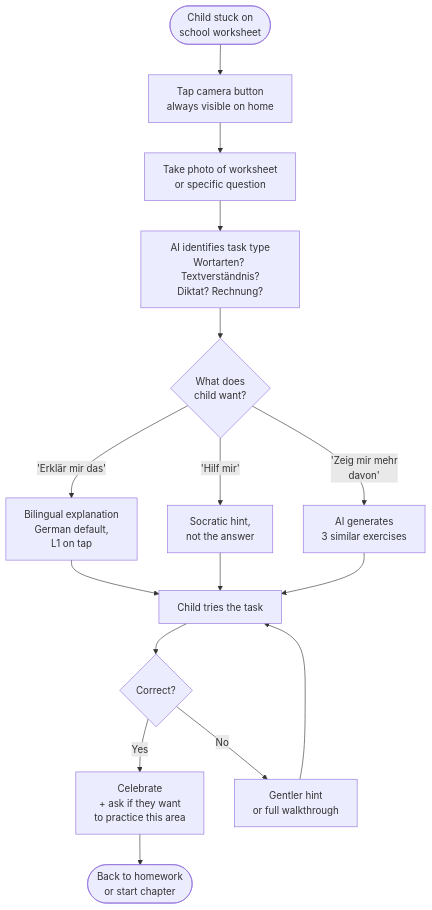
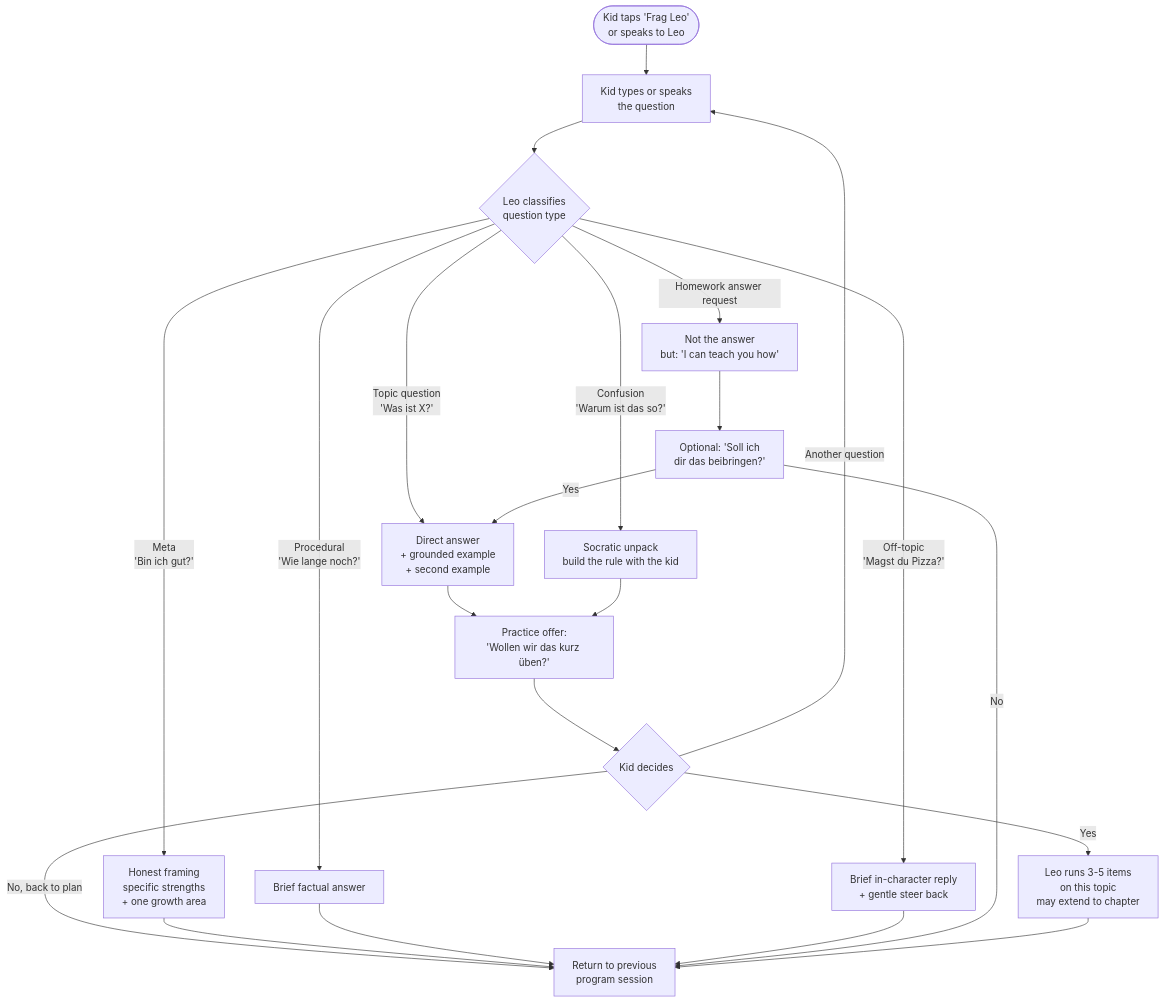
The seventh of 16 diagrams in docs/product/user-flows-and-interaction.md (romank-crisp/gymi-pruf), drawn with Mermaid before and after one commit. The commit also changed other lines of this file and 3 other files, not shown here.

````diff
--- a/docs/product/user-flows-and-interaction.md
+++ b/docs/product/user-flows-and-interaction.md
@@ -214,18 +243,24 @@
 ```mermaid
 flowchart TD
-    Start([Child stuck on<br/>school worksheet]) --> CAM[Tap camera button<br/>always visible on home]
-    CAM --> SNAP[Take photo of worksheet<br/>or specific question]
-    SNAP --> AI1[AI identifies task type<br/>Wortarten? Textverständnis?<br/>Diktat? Rechnung?]
-    AI1 --> MODE{What does<br/>child want?}
-    MODE -->|'Erklär mir das'| EXP[Bilingual explanation<br/>German default,<br/>L1 on tap]
-    MODE -->|'Hilf mir'| HINT[Socratic hint,<br/>not the answer]
-    MODE -->|'Zeig mir mehr<br/>davon'| GEN[AI generates<br/>3 similar exercises]
-    EXP --> CHECK[Child tries the task]
-    HINT --> CHECK
-    GEN --> CHECK
-    CHECK --> VER{Correct?}
-    VER -->|Yes| WIN[Celebrate<br/>+ ask if they want<br/>to practice this area]
-    VER -->|No| SCAFFOLD[Gentler hint<br/>or full walkthrough]
-    SCAFFOLD --> CHECK
-    WIN --> End([Back to homework<br/>or start chapter])
+    Start([Kid taps 'Frag Leo'<br/>or speaks to Leo]) --> Q[Kid types or speaks<br/>the question]
+    Q --> CLS{Leo classifies<br/>question type}
+    CLS -->|Topic question<br/>'Was ist X?'| EXP1[Direct answer<br/>+ grounded example<br/>+ second example]
+    CLS -->|Confusion<br/>'Warum ist das so?'| SOC[Socratic unpack<br/>build the rule with the kid]
+    CLS -->|Meta<br/>'Bin ich gut?'| META[Honest framing<br/>specific strengths<br/>+ one growth area]
+    CLS -->|Procedural<br/>'Wie lange noch?'| SHORT[Brief factual answer]
+    CLS -->|Off-topic<br/>'Magst du Pizza?'| STEER[Brief in-character reply<br/>+ gentle steer back]
+    CLS -->|Homework answer request| REDIR[Not the answer<br/>but: 'I can teach you how']
+    EXP1 --> OFF[Practice offer:<br/>'Wollen wir das kurz üben?']
+    SOC --> OFF
+    OFF --> KID{Kid decides}
+    KID -->|Yes| PRAC[Leo runs 3-5 items<br/>on this topic<br/>may extend to chapter]
+    KID -->|No, back to plan| RET[Return to previous<br/>program session]
+    KID -->|Another question| Q
+    META --> RET
+    SHORT --> RET
+    STEER --> RET
+    REDIR --> TEACH[Optional: 'Soll ich<br/>dir das beibringen?']
+    TEACH -->|Yes| EXP1
+    TEACH -->|No| RET
+    PRAC --> RET
 ```
````
